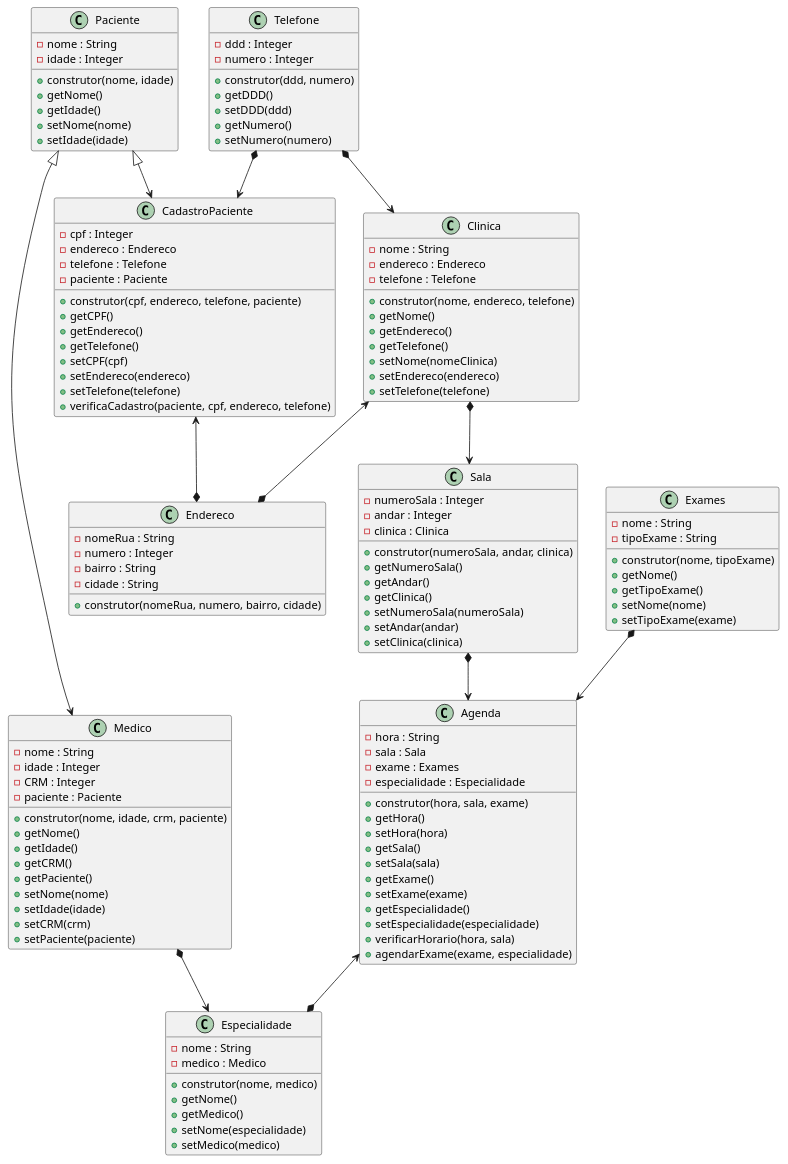
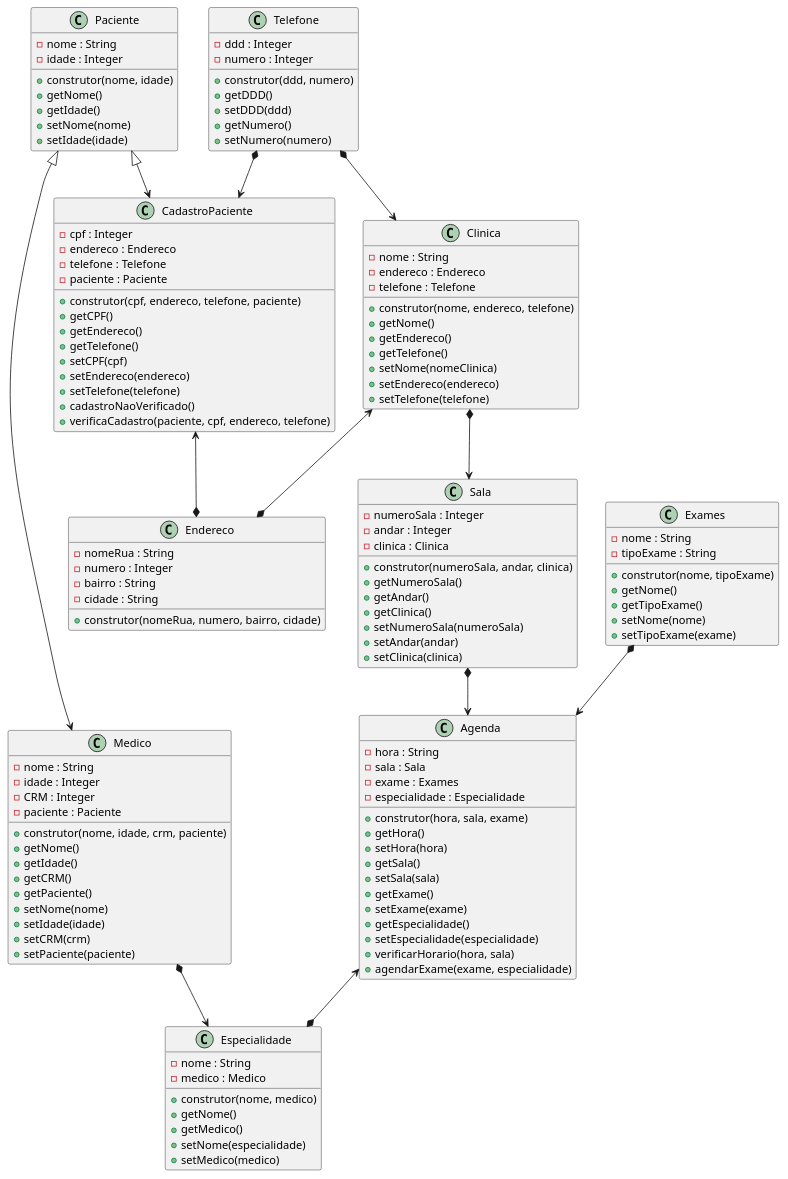
One commit to anleaes/2022-1-N2-POO-03 changed the diagram in diagrama.plantuml. Above: the diagram before and after it, drawn with PlantUML.

Commit message:
adicionado metodo cadastroNaoVerificado no diagrama

```diff
--- a/diagrama.plantuml
+++ b/diagrama.plantuml
@@ -1,138 +1,139 @@
 @startuml Gerenciamento de Exames Medicos
 
     class Agenda{
         - hora : String
         - sala : Sala
         - exame : Exames
         - especialidade : Especialidade
         + construtor(hora, sala, exame)
         + getHora()
         + setHora(hora)
         + getSala()
         + setSala(sala)
         + getExame()
         + setExame(exame)
         + getEspecialidade()
         + setEspecialidade(especialidade)
         + verificarHorario(hora, sala)
         + agendarExame(exame, especialidade)
     }
 
     class Paciente{
         - nome : String
         - idade : Integer
         + construtor(nome, idade)
         + getNome()
         + getIdade()
         + setNome(nome)
         + setIdade(idade)
     }
 
     class CadastroPaciente{
         - cpf : Integer
         - endereco : Endereco
         - telefone : Telefone
         - paciente : Paciente
         + construtor(cpf, endereco, telefone, paciente)
         + getCPF()
         + getEndereco()
         + getTelefone()
         + setCPF(cpf)
         + setEndereco(endereco)
         + setTelefone(telefone)
+        + cadastroNaoVerificado()
         + verificaCadastro(paciente, cpf, endereco, telefone)
     }
 
     class Medico{
         - nome : String
         - idade : Integer
         - CRM : Integer
         - paciente : Paciente
         + construtor(nome, idade, crm, paciente)
         + getNome()
         + getIdade()
         + getCRM()
         + getPaciente()
         + setNome(nome)
         + setIdade(idade)
         + setCRM(crm)
         + setPaciente(paciente)
     }
 
     class Exames{
         - nome : String
         - tipoExame : String
         + construtor(nome, tipoExame)
         + getNome()
         + getTipoExame()
         + setNome(nome)
         + setTipoExame(exame)
     }
 
     class Especialidade{
         - nome : String
         - medico : Medico
         + construtor(nome, medico)
         + getNome()
         + getMedico()
         + setNome(especialidade)
         + setMedico(medico)
     }
 
     class Clinica{
         - nome : String
         - endereco : Endereco
         - telefone : Telefone
         + construtor(nome, endereco, telefone)
         + getNome()
         + getEndereco()
         + getTelefone()
         + setNome(nomeClinica)
         + setEndereco(endereco)
         + setTelefone(telefone)
     }
 
     class Sala{
         - numeroSala : Integer
         - andar : Integer
         - clinica : Clinica
         + construtor(numeroSala, andar, clinica)
         + getNumeroSala()
         + getAndar()
         + getClinica()
         + setNumeroSala(numeroSala)
         + setAndar(andar)
         + setClinica(clinica)
     }
 
     class Endereco{
         - nomeRua : String
         - numero : Integer
         - bairro : String
         - cidade : String
         + construtor(nomeRua, numero, bairro, cidade)
     }
 
     class Telefone{
         - ddd : Integer
         - numero : Integer
         + construtor(ddd, numero)
         + getDDD()
         + setDDD(ddd)
         + getNumero()
         + setNumero(numero)
     }
 
     Paciente <|--> CadastroPaciente
     Paciente <|--> Medico
     Medico *--> Especialidade
     Exames *--> Agenda
     Sala *--> Agenda
     Agenda <--* Especialidade
     Clinica *--> Sala
     Clinica <--* Endereco
     CadastroPaciente <--* Endereco
     Telefone *--> Clinica
     Telefone *--> CadastroPaciente
 
 @enduml
```
